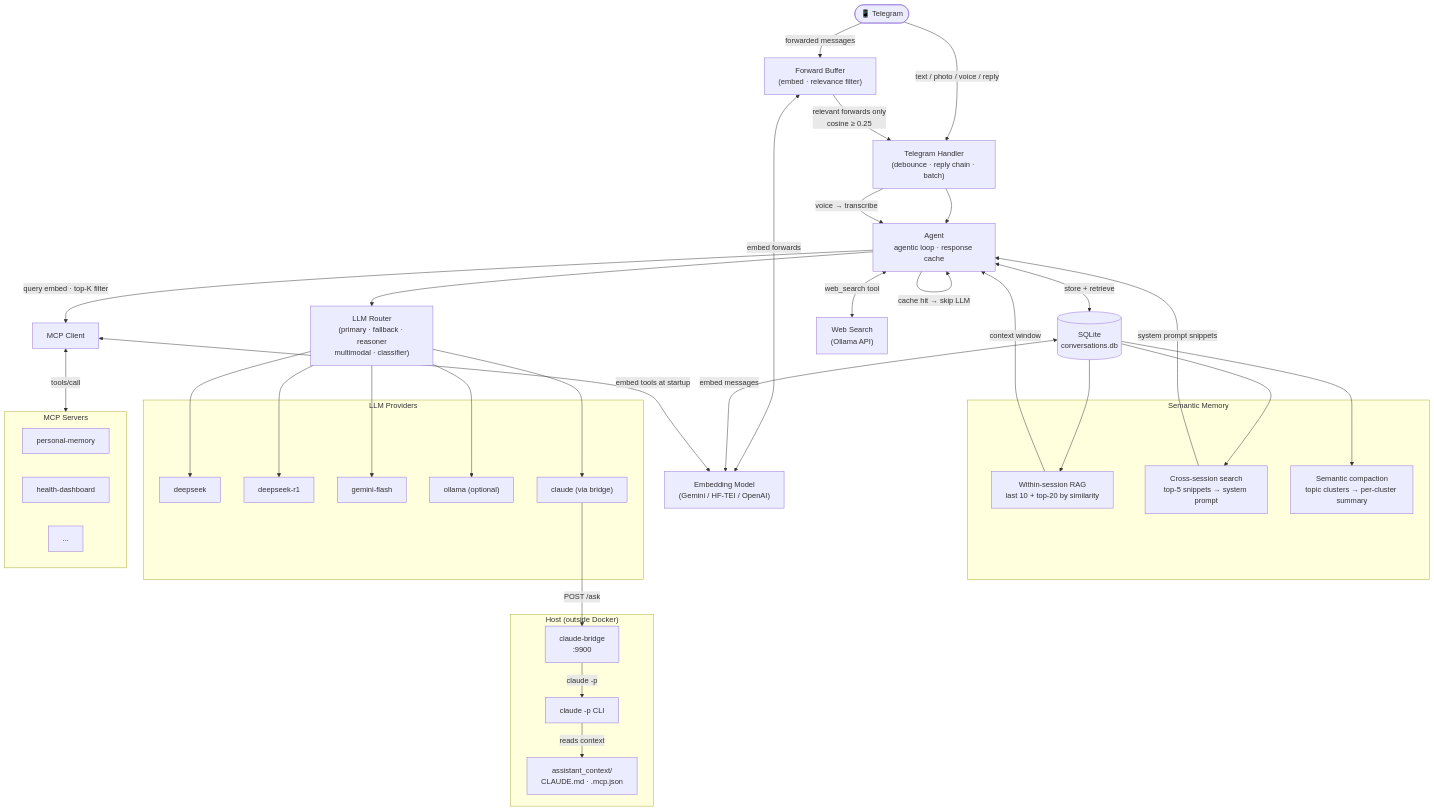
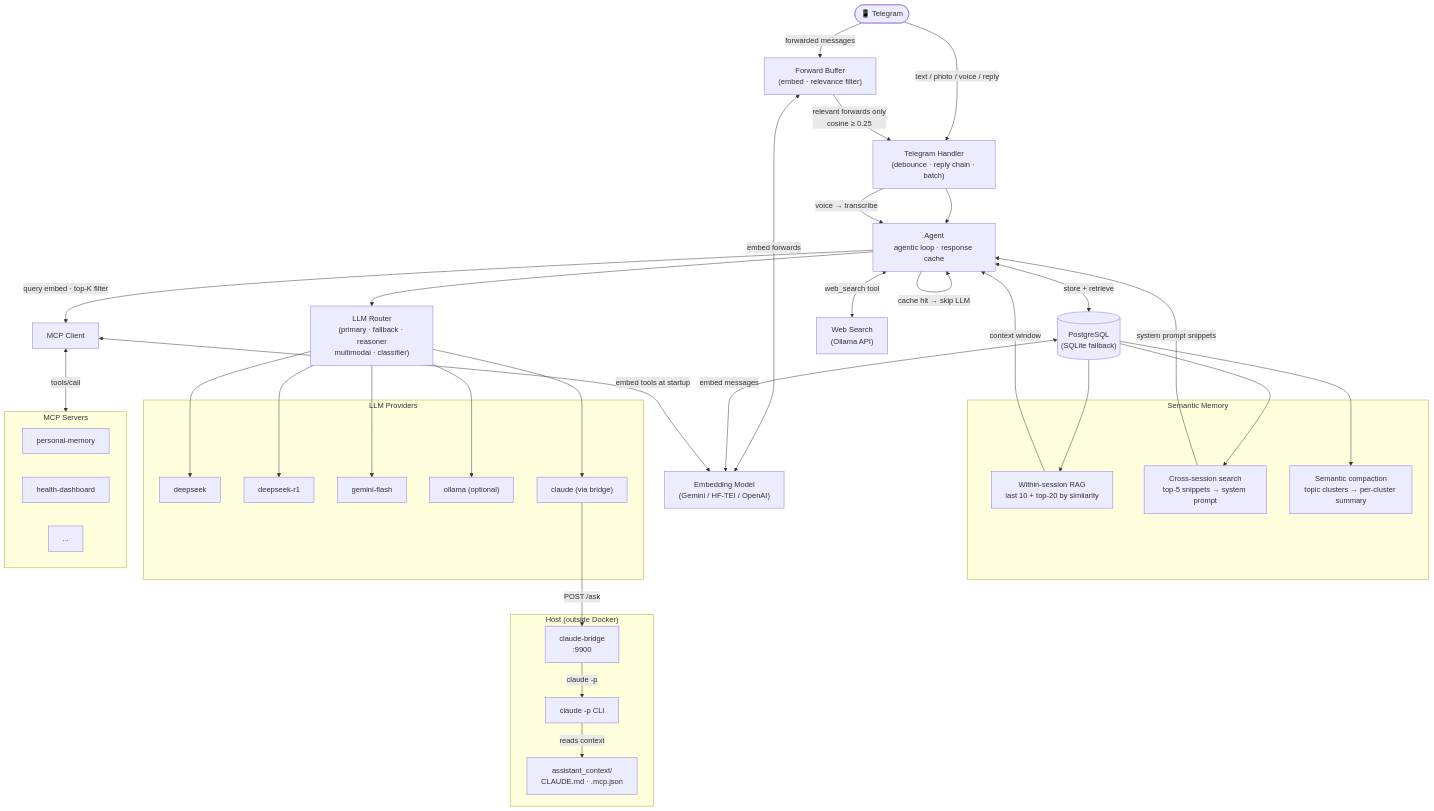
The diagram in README.md (dzarlax/personal_assistant), drawn with Mermaid before and after one commit. The commit also changed other lines of this file, not shown here.

First line of the commit message:
docs: update storage references from SQLite to PostgreSQL

````diff
--- a/README.md
+++ b/README.md
@@ -425,67 +425,67 @@
 ```mermaid
 flowchart TD
     User(["📱 Telegram"])
     Handler["Telegram Handler\n(debounce · reply chain · batch)"]
     FwdBuf["Forward Buffer\n(embed · relevance filter)"]
     Agent["Agent\nagentic loop · response cache"]
     Router["LLM Router\n(primary · fallback · reasoner\nmultimodal · classifier)"]
     MCP["MCP Client"]
-    Store[("SQLite\nconversations.db")]
+    Store[("PostgreSQL\n(SQLite fallback)")]
     Emb["Embedding Model\n(Gemini / HF-TEI / OpenAI)"]
 
     subgraph Memory ["Semantic Memory"]
         SM["Within-session RAG\nlast 10 + top-20 by similarity"]
         CM["Cross-session search\ntop-5 snippets → system prompt"]
         SC["Semantic compaction\ntopic clusters → per-cluster summary"]
     end
 
     WebSearch["Web Search\n(Ollama API)"]
 
     subgraph LLMs ["LLM Providers"]
         DS["deepseek"]
         DSR["deepseek-r1"]
         GM["gemini-flash"]
         OL["ollama (optional)"]
         CB["claude (via bridge)"]
     end
 
     subgraph Host ["Host (outside Docker)"]
         Bridge["claude-bridge\n:9900"]
         CLI["claude -p CLI"]
         CTX["assistant_context/\nCLAUDE.md · .mcp.json"]
     end
 
     subgraph Servers ["MCP Servers"]
         S1["personal-memory"]
         S2["health-dashboard"]
         S3["..."]
     end
 
     User -->|"text / photo / voice / reply"| Handler
     User -->|"forwarded messages"| FwdBuf
     FwdBuf <-->|"embed forwards"| Emb
     FwdBuf -->|"relevant forwards only\ncosine ≥ 0.25"| Handler
     Handler --> Agent
     Agent <-->|"store + retrieve"| Store
     Store <-->|"embed messages"| Emb
     Store --> SM
     Store --> CM
     Store --> SC
     SM -->|"context window"| Agent
     CM -->|"system prompt snippets"| Agent
     Agent -->|"cache hit → skip LLM"| Agent
     Agent --> Router
     Agent -->|"query embed · top-K filter"| MCP
     Agent <-->|"web_search tool"| WebSearch
     Handler -->|"voice → transcribe"| Agent
     MCP <-->|"embed tools at startup"| Emb
     MCP <-->|"tools/call"| Servers
     Router --> DS
     Router --> DSR
     Router --> GM
     Router --> OL
     Router --> CB
     CB -->|"POST /ask"| Bridge
     Bridge -->|"claude -p"| CLI
     CLI -->|"reads context"| CTX
 ```
````
